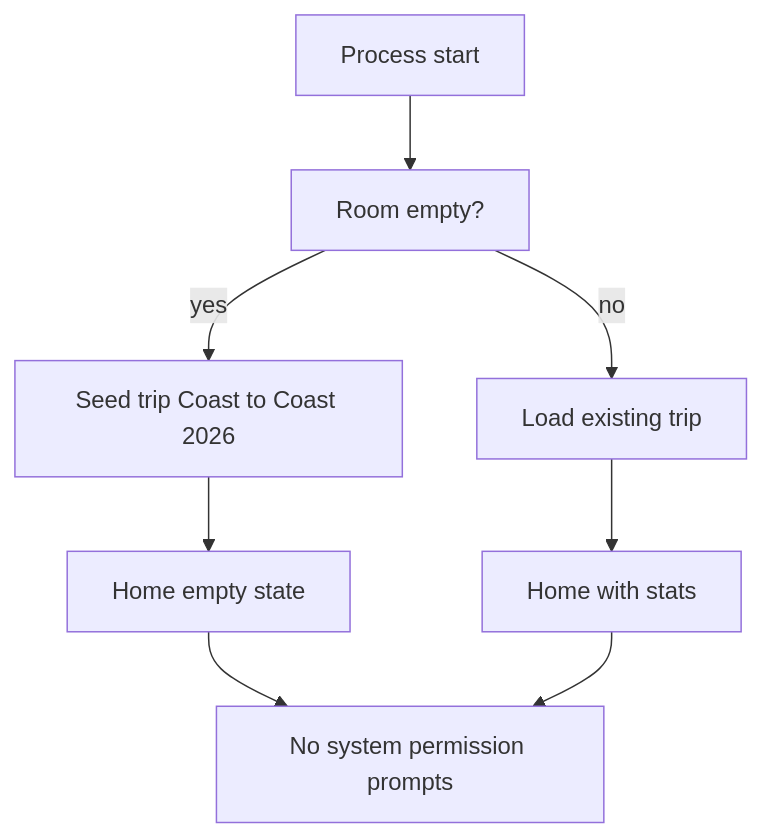
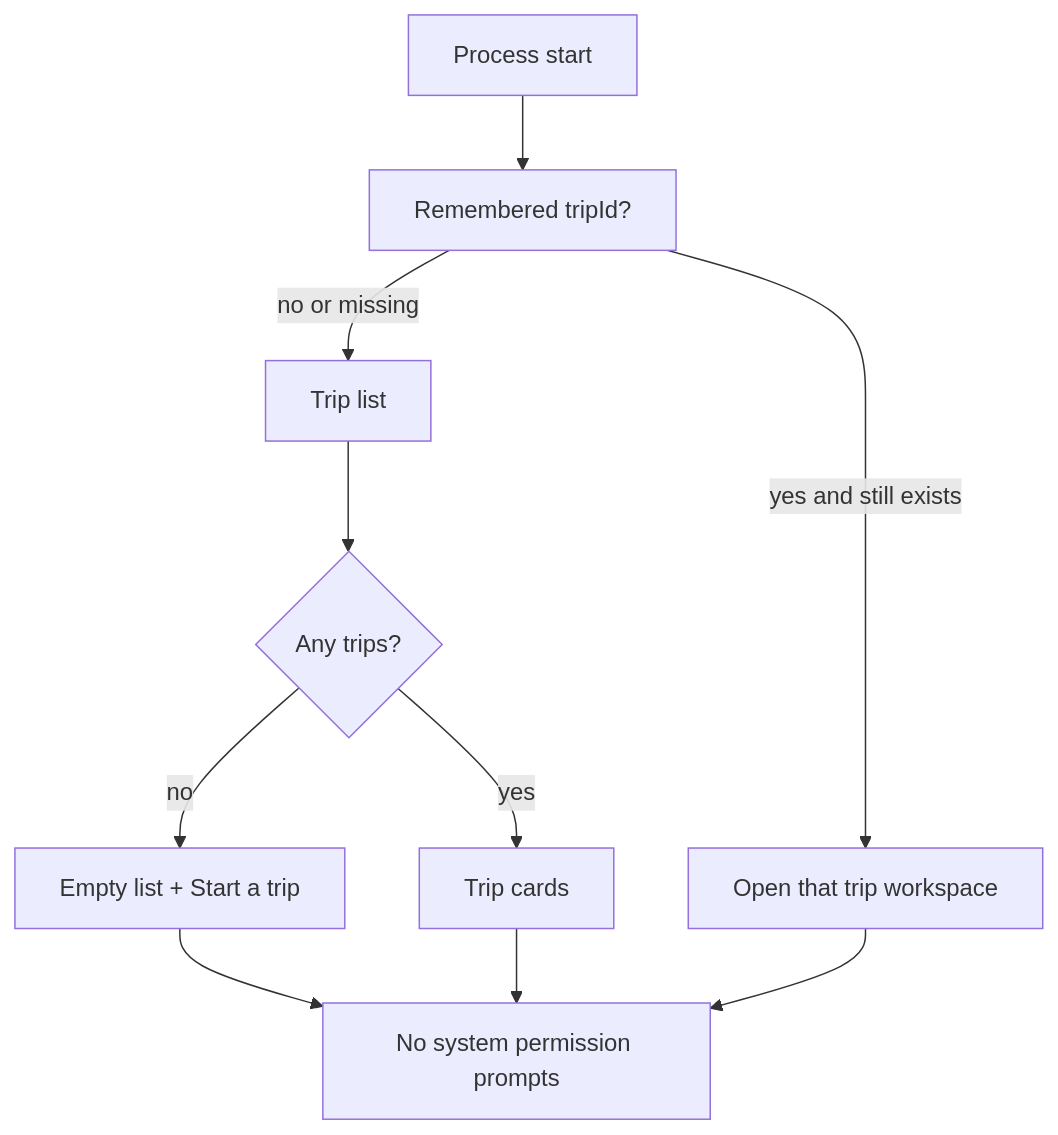
Before and after one commit to benzaion/Roamory: the first of 6 diagrams in docs/android/DESIGN.md, drawn with Mermaid. The commit also changed other lines of this file and 3 other files, not shown here.

````diff
--- a/docs/android/DESIGN.md
+++ b/docs/android/DESIGN.md
@@ -375,10 +412,12 @@
 ```mermaid
 flowchart TD
-  A[Process start] --> B[Room empty?]
-  B -->|yes| C[Seed trip Coast to Coast 2026]
-  B -->|no| D[Load existing trip]
-  C --> E[Home empty state]
-  D --> F[Home with stats]
-  E --> G[No system permission prompts]
-  F --> G
+  A[Process start] --> B[Remembered tripId?]
+  B -->|yes and still exists| C[Open that trip workspace]
+  B -->|no or missing| D[Trip list]
+  D --> E{Any trips?}
+  E -->|no| F[Empty list + Start a trip]
+  E -->|yes| G[Trip cards]
+  F --> H[No system permission prompts]
+  G --> H
+  C --> H
 ```
````
